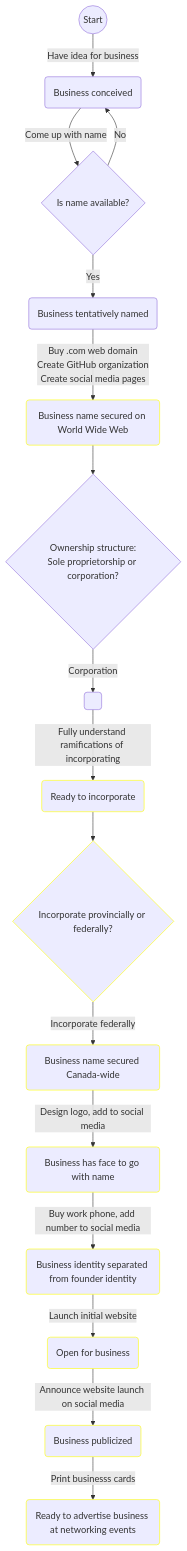
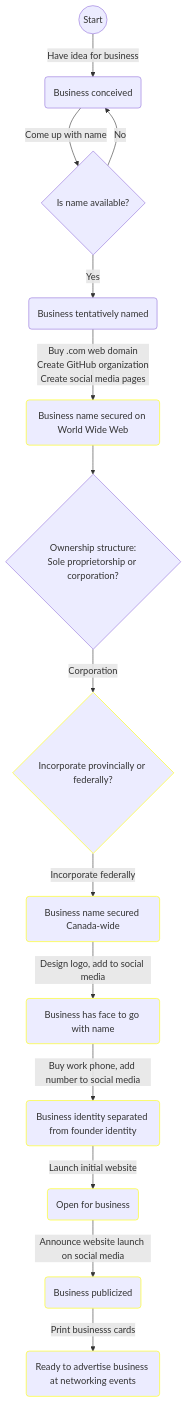
The diagram in bizdev.md (OttawaNerdCorp/blog), drawn with Mermaid before and after one commit.

````diff
--- a/bizdev.md
+++ b/bizdev.md
@@ -12,21 +12,19 @@
 ```mermaid
 flowchart TB
     classDef todo stroke:yellow
 
     s0((Start)) -- Have idea for business --> s1(Business conceived)
     s1 -- Come up with name --> d1
     d1{Is name available?}
     d1 -- No --> s1
     d1 -- Yes --> s2(Business tentatively named)
     s2 -- Buy .com web domain<br>Create GitHub organization<br>Create social media pages --> s3(Business name secured on World Wide Web):::todo
     s3 --> d2{Ownership structure:<br>Sole proprietorship or corporation?}
-    d2 -- Corporation --> s5( )
-    s5 -- Fully understand ramifications of incorporating --> s6(Ready to incorporate):::todo
-    s6 --> d3{Incorporate provincially or federally?}:::todo
+    d2 -- Corporation --> d3{Incorporate provincially or federally?}:::todo
     d3 -- Incorporate federally --> s7(Business name secured Canada-wide):::todo
     s7 -- Design logo, add to social media --> s8(Business has face to go with name):::todo
     s8 -- Buy work phone, add number to social media --> s9(Business identity separated from founder identity):::todo
     s9 -- Launch initial website --> s10(Open for business):::todo
     s10 -- Announce website launch on social media --> s11(Business publicized):::todo
     s11 -- Print businesss cards --> s13(Ready to advertise business at networking events):::todo
 ```
````
